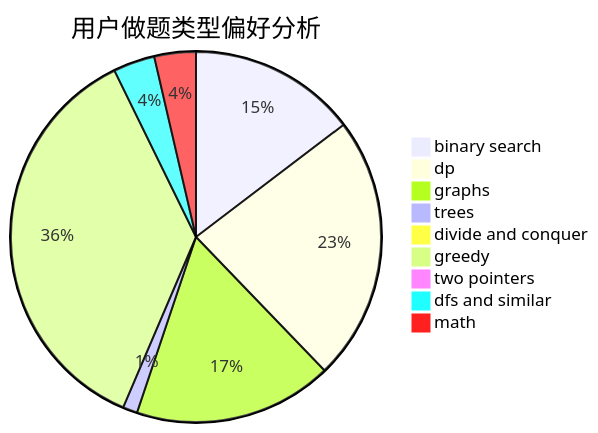
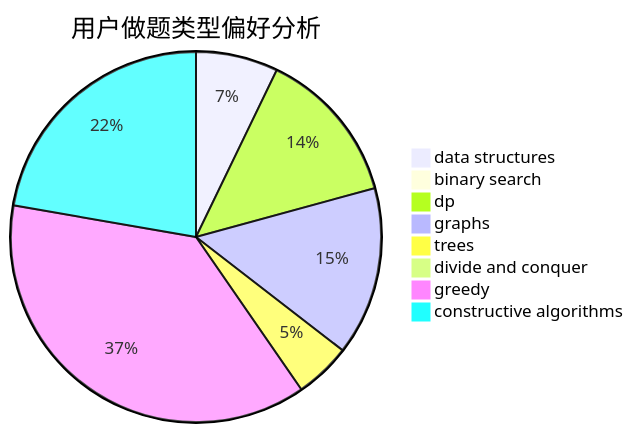
One commit to sherpahu/cfrs.github.io changed the second of 3 diagrams in docs/user/u399.md. Above: the diagram before and after it, drawn with Mermaid. The commit also changed other lines of this file and 2775 other files, not shown here.

````diff
--- a/docs/user/u399.md
+++ b/docs/user/u399.md
@@ -23,12 +23,11 @@
 ```mermaid
 pie title 用户做题类型偏好分析
-    "binary search" :  473
-    "dp" :  747
-    "graphs" :  560
-    "trees" :  41
+    "data structures" :  19
+    "binary search" :  1
+    "dp" :  36
+    "graphs" :  39
+    "trees" :  13
     "divide and conquer" :  0
-    "greedy" :  1172
-    "two pointers" :  27
-    "dfs and similar" :  117
-    "math" :  117
+    "greedy" :  99
+    "constructive algorithms" :  59
 ```
````
